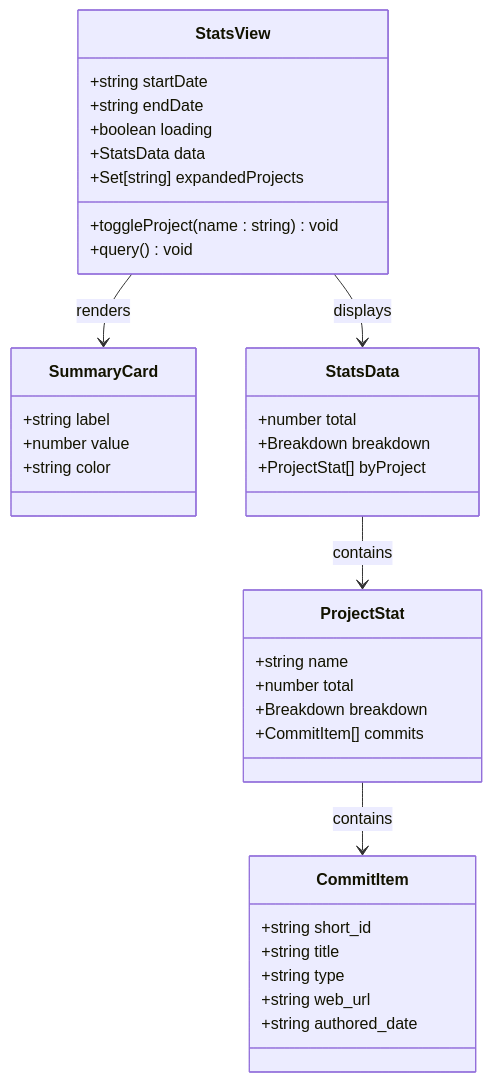
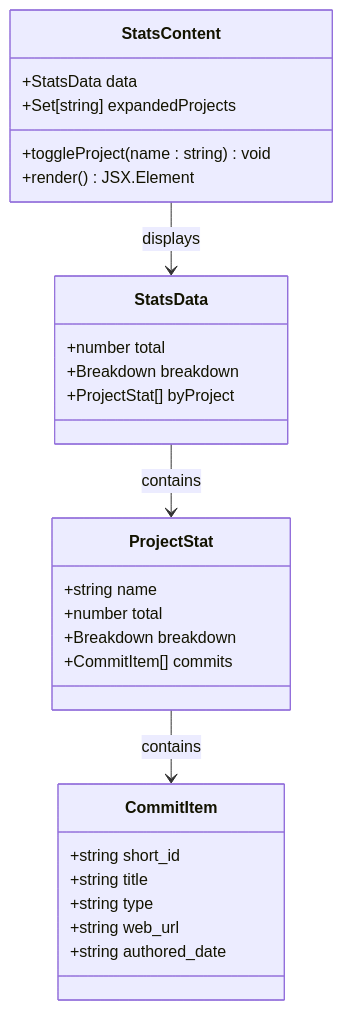
One commit to jrj444/git-daily changed the fourth of 7 diagrams in .qoder/repowiki/en/content/Frontend Components/Commit Statistics Dashboard.md. Above: the diagram before and after it, drawn with Mermaid. The commit also changed other lines of this file and 8 other files, not shown here.

````diff
--- a/.qoder/repowiki/en/content/Frontend Components/Commit Statistics Dashboard.md
+++ b/.qoder/repowiki/en/content/Frontend Components/Commit Statistics Dashboard.md
@@ -160,39 +218,30 @@
 ```mermaid
 classDiagram
-class StatsView {
-+string startDate
-+string endDate
-+boolean loading
+class StatsContent {
 +StatsData data
 +Set[string] expandedProjects
 +toggleProject(name : string) void
-+query() void
-}
-class SummaryCard {
-+string label
-+number value
-+string color
++render() JSX.Element
 }
 class StatsData {
 +number total
 +Breakdown breakdown
 +ProjectStat[] byProject
 }
 class ProjectStat {
 +string name
 +number total
 +Breakdown breakdown
 +CommitItem[] commits
 }
 class CommitItem {
 +string short_id
 +string title
 +string type
 +string web_url
 +string authored_date
 }
-StatsView --> SummaryCard : renders
-StatsView --> StatsData : displays
+StatsContent --> StatsData : displays
 StatsData --> ProjectStat : contains
 ProjectStat --> CommitItem : contains
 ```
````
